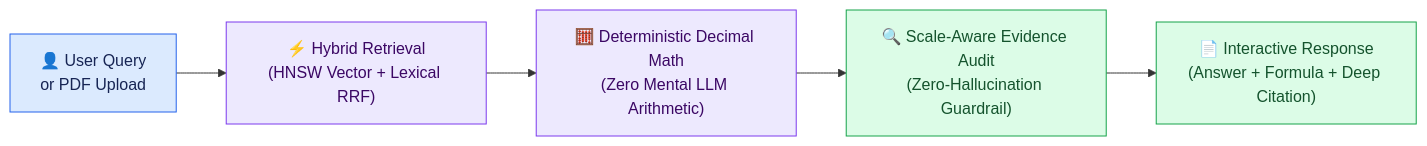
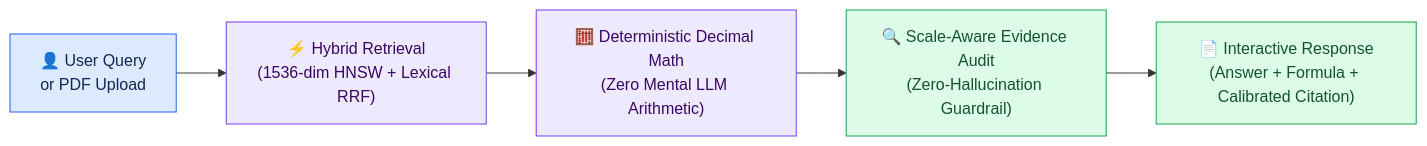
One commit to Prabhu-Jethi/Financial_Doc changed the first of 2 diagrams in README.md. Above: the diagram before and after it, drawn with Mermaid. The commit also changed other lines of this file, not shown here.

````diff
--- a/README.md
+++ b/README.md
@@ -39,14 +41,14 @@
 ```mermaid
 flowchart LR
-    A["👤 User Query\nor PDF Upload"] --> B["⚡ Hybrid Retrieval\n(HNSW Vector + Lexical RRF)"]
+    A["👤 User Query\nor PDF Upload"] --> B["⚡ Hybrid Retrieval\n(1536-dim HNSW + Lexical RRF)"]
     B --> C["🧮 Deterministic Decimal Math\n(Zero Mental LLM Arithmetic)"]
     C --> D["🔍 Scale-Aware Evidence Audit\n(Zero-Hallucination Guardrail)"]
-    D --> E["📄 Interactive Response\n(Answer + Formula + Deep Citation)"]
+    D --> E["📄 Interactive Response\n(Answer + Formula + Calibrated Citation)"]
 
     classDef blue fill:#DBEAFE,stroke:#2563EB,color:#172554
     classDef purple fill:#EDE9FE,stroke:#7C3AED,color:#3B0764
     classDef green fill:#DCFCE7,stroke:#16A34A,color:#14532D
     class A blue
     class B,C purple
     class D,E green
 ```
````
